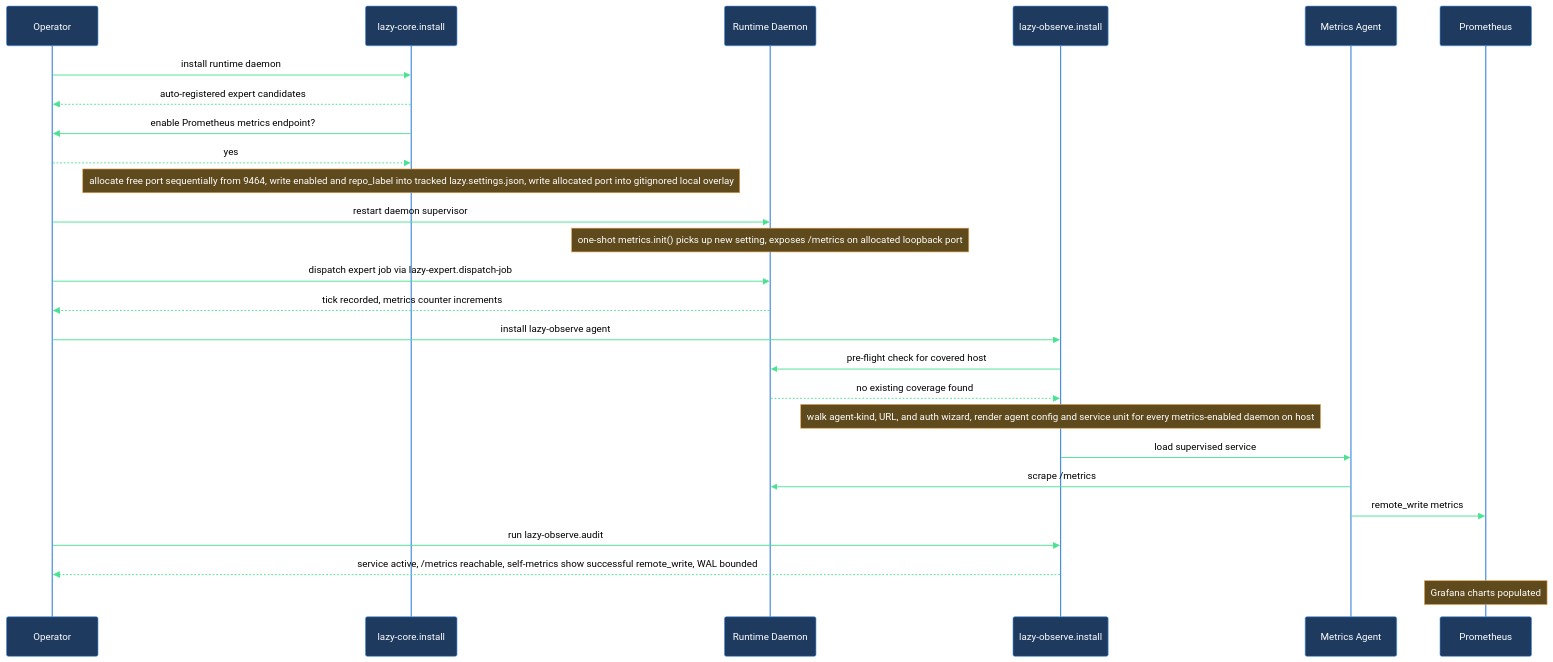
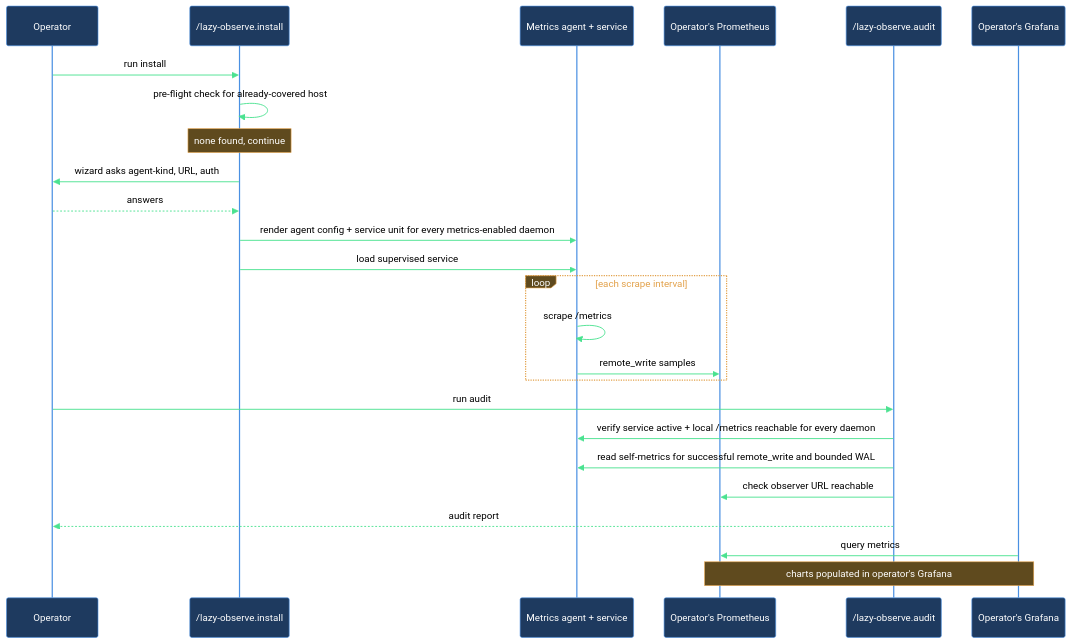
The third of 3 diagrams in plugins/claude/lazycortex-observe/help/walkthroughs/ship-metrics-end-to-end.md (mebius-san/lazy-cortex), drawn with Mermaid before and after one commit. The commit also changed other lines of this file and 204 other files, not shown here.

Commit message:
release core 10.4.0, experts 1.9.3, observe 2.2.3, obsidian 6.1.0, python 4.8.0, review 6.10.1, specs 9.10.0, wiki 3.3.4 — Windows support, /lazy-core.daemon-setup, content-design assets

````diff
--- a/plugins/claude/lazycortex-observe/help/walkthroughs/ship-metrics-end-to-end.md
+++ b/plugins/claude/lazycortex-observe/help/walkthroughs/ship-metrics-end-to-end.md
@@ -88,30 +165,29 @@
 ```mermaid
 %%{init: {'themeVariables':{'background':'transparent','primaryColor':'#1e3a5f','primaryBorderColor':'#4a90e2','primaryTextColor':'#fff','lineColor':'#4ae290','actorBkg':'#1e3a5f','actorBorder':'#4a90e2','actorTextColor':'#fff','actorLineColor':'#4a90e2','signalColor':'#4ae290','signalTextColor':'#000','noteBkgColor':'#5f4a1e','noteBorderColor':'#e2a14a','noteTextColor':'#fff','labelBoxBkgColor':'#5f4a1e','labelBoxBorderColor':'#e2a14a','labelTextColor':'#fff','loopTextColor':'#e2a14a'},'sequence':{'diagramPadding':5,'useMaxWidth':true}}}%%
 sequenceDiagram
   participant operator as Operator
-  participant installer as lazy-core.install
-  participant daemon as Runtime Daemon
-  participant observeInstall as lazy-observe.install
-  participant metricsAgent as Metrics Agent
-  participant prometheus as Prometheus
+  participant observeInstall as /lazy-observe.install
+  participant metricsAgent as Metrics agent + service
+  participant prometheus as Operator's Prometheus
+  participant observeAudit as /lazy-observe.audit
+  participant grafana as Operator's Grafana
 
-  operator->>installer: install runtime daemon
-  installer-->>operator: auto-registered expert candidates
-  installer->>operator: enable Prometheus metrics endpoint?
-  operator-->>installer: yes
-  Note over installer: allocate free port sequentially from 9464, write enabled and repo_label into tracked lazy.settings.json, write allocated port into gitignored local overlay
-  operator->>daemon: restart daemon supervisor
-  Note over daemon: one-shot metrics.init() picks up new setting, exposes /metrics on allocated loopback port
-  operator->>daemon: dispatch expert job via lazy-expert.dispatch-job
-  daemon-->>operator: tick recorded, metrics counter increments
-  operator->>observeInstall: install lazy-observe agent
-  observeInstall->>daemon: pre-flight check for covered host
-  daemon-->>observeInstall: no existing coverage found
-  Note over observeInstall: walk agent-kind, URL, and auth wizard, render agent config and service unit for every metrics-enabled daemon on host
+  operator->>observeInstall: run install
+  observeInstall->>observeInstall: pre-flight check for already-covered host
+  Note over observeInstall: none found, continue
+  observeInstall->>operator: wizard asks agent-kind, URL, auth
+  operator-->>observeInstall: answers
+  observeInstall->>metricsAgent: render agent config + service unit for every metrics-enabled daemon
   observeInstall->>metricsAgent: load supervised service
-  metricsAgent->>daemon: scrape /metrics
-  metricsAgent->>prometheus: remote_write metrics
-  operator->>observeInstall: run lazy-observe.audit
-  observeInstall-->>operator: service active, /metrics reachable, self-metrics show successful remote_write, WAL bounded
-  Note over prometheus: Grafana charts populated
+  loop each scrape interval
+    metricsAgent->>metricsAgent: scrape /metrics
+    metricsAgent->>prometheus: remote_write samples
+  end
+  operator->>observeAudit: run audit
+  observeAudit->>metricsAgent: verify service active + local /metrics reachable for every daemon
+  observeAudit->>metricsAgent: read self-metrics for successful remote_write and bounded WAL
+  observeAudit->>prometheus: check observer URL reachable
+  observeAudit-->>operator: audit report
+  grafana->>prometheus: query metrics
+  Note over grafana,prometheus: charts populated in operator's Grafana
 ```
````
